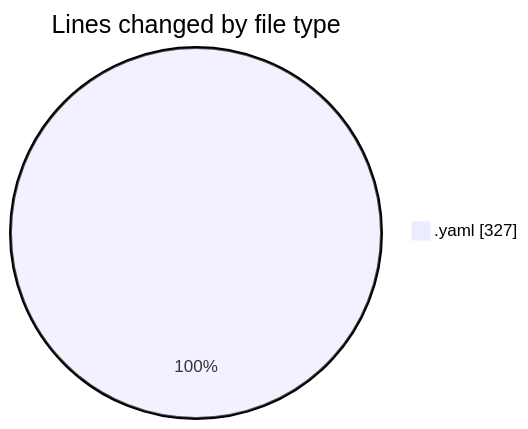
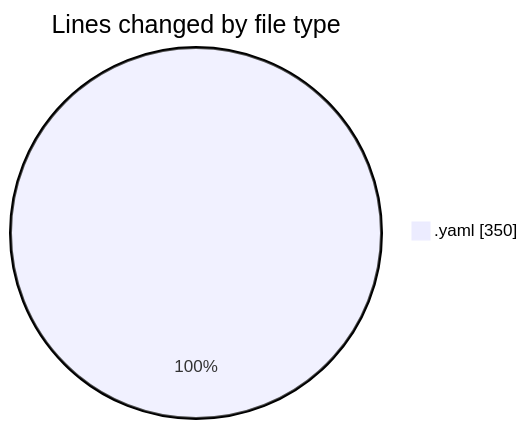
Before and after one commit to nxtqubesakshisongat/code-tracking: the first of 2 diagrams in 2026-07-10/argos_orchestrator/README.md, drawn with Mermaid. The commit also changed other lines of this file and 1 other file, not shown here.

````diff
--- a/2026-07-10/argos_orchestrator/README.md
+++ b/2026-07-10/argos_orchestrator/README.md
@@ -22,5 +23,5 @@
 ```mermaid
 pie showData
 title Lines changed by file type
-".yaml" : 327
+".yaml" : 350
 ```
````
